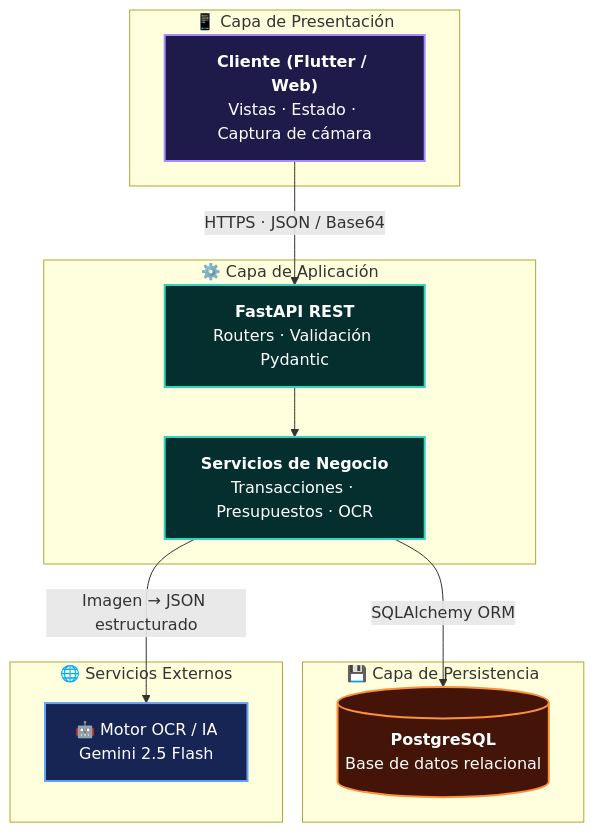
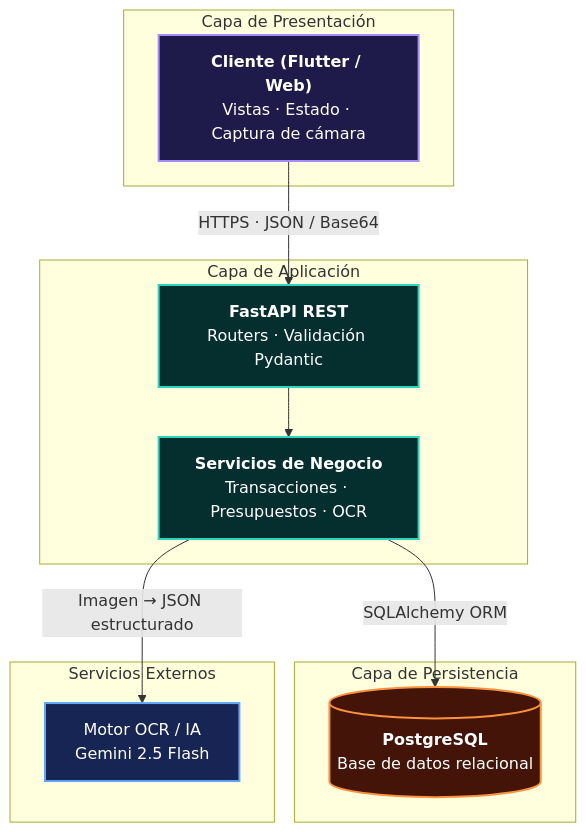
One commit to carpincho2/Gestor-Finanzas changed the first of 4 diagrams in mds/diagramas_arquitectura.md. Above: the diagram before and after it, drawn with Mermaid. The commit also changed other lines of this file and 2 other files, not shown here.

Commit message:
docs: remover emojis de todos los diagramas mermaid

````diff
--- a/mds/diagramas_arquitectura.md
+++ b/mds/diagramas_arquitectura.md
@@ -10,34 +10,34 @@
 ```mermaid
 flowchart TB
     classDef front fill:#1e1b4b,stroke:#a78bfa,stroke-width:2px,color:#fff
     classDef back fill:#042f2e,stroke:#2dd4bf,stroke-width:2px,color:#fff
     classDef data fill:#431407,stroke:#fb923c,stroke-width:2px,color:#fff
     classDef ext fill:#172554,stroke:#60a5fa,stroke-width:2px,color:#fff
 
-    subgraph L1["📱 Capa de Presentación"]
+    subgraph L1[" Capa de Presentación"]
         UI["<b>Cliente (Flutter / Web)</b><br/>Vistas · Estado · Captura de cámara"]
     end
 
-    subgraph L2["⚙️ Capa de Aplicación"]
+    subgraph L2[" Capa de Aplicación"]
         API["<b>FastAPI REST</b><br/>Routers · Validación Pydantic"]
         SVC["<b>Servicios de Negocio</b><br/>Transacciones · Presupuestos · OCR"]
         API --> SVC
     end
 
-    subgraph L3["💾 Capa de Persistencia"]
+    subgraph L3[" Capa de Persistencia"]
         DB[("<b>PostgreSQL</b><br/>Base de datos relacional")]
     end
 
-    subgraph L4["🌐 Servicios Externos"]
-        AI["🤖 Motor OCR / IA<br/>Gemini 2.5 Flash"]
+    subgraph L4[" Servicios Externos"]
+        AI[" Motor OCR / IA<br/>Gemini 2.5 Flash"]
     end
 
     UI -- "HTTPS · JSON / Base64" --> API
     SVC -- "SQLAlchemy ORM" --> DB
     SVC -- "Imagen → JSON estructurado" --> AI
 
     class UI front
     class API,SVC back
     class DB data
     class AI ext
 ```
````
